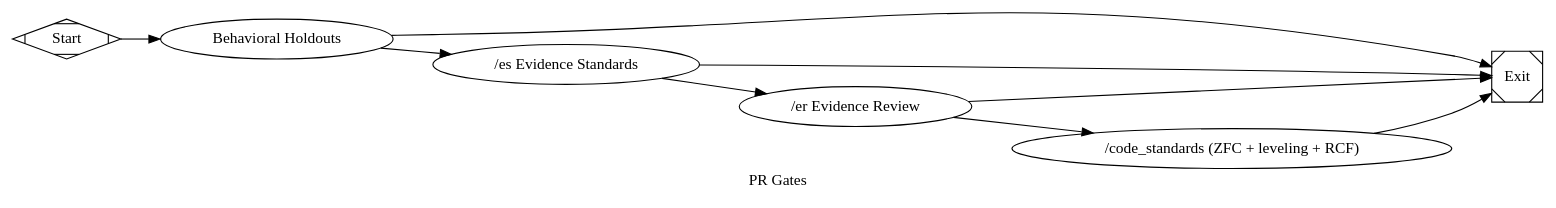
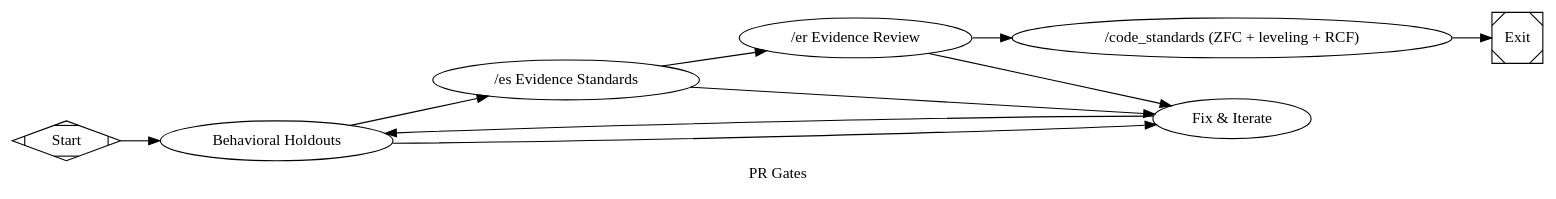
One commit to jleechanorg/dark-factory changed the diagram in pipelines/factory/pr_gates.dot. Above: the diagram before and after it, drawn with Graphviz. The commit also changed 21 other files, not shown here.

```diff
--- a/pipelines/factory/pr_gates.dot
+++ b/pipelines/factory/pr_gates.dot
@@ -1,30 +1,43 @@
 digraph pr_gates {
     graph [
         goal="PR validation: sealed holdouts + 3 adversarial gates."
         label="PR Gates"
     ]
     rankdir=LR
 
     start [shape=Mdiamond, label="Start"]
     exit  [shape=Msquare,  label="Exit"]
 
     // Holdout-always policy: PR diffs run the sealed behavioral holdouts
     // first — evidence gates grade the diff's story, holdouts grade its
     // behavior. Feature comes from --feature / ctx.state["feature"].
     holdout         [type="holdout_eval",        label="Behavioral Holdouts",          timeout=600]
     gate_es         [type="gate_es",             label="/es Evidence Standards",       timeout=600]
     gate_er         [type="gate_er",             label="/er Evidence Review",           timeout=600]
     gate_cs         [type="gate_code_standards", label="/code_standards (ZFC + leveling + RCF)", timeout=600]
 
+    // Bounded fix loop: any reviewer verdict other than success routes here
+    // so the PR lane can iterate on the diff rather than terminating on a
+    // first failure (per factory-evolve G2 fix-loop contract).
+    fix [
+        type="codergen",
+        label="Fix & Iterate",
+        class="fix",
+        prompt="@prompts/slim/fix.md",
+        max_visits="3",
+        timeout=600
+    ]
+
     start -> holdout
     holdout -> gate_es [condition="outcome=success"]
-    holdout -> exit    [condition="outcome!=success"]
+    holdout -> fix     [condition="outcome!=success"]
 
     gate_es -> gate_er [condition="outcome=success"]
-    gate_es -> exit    [condition="outcome!=success"]
+    gate_es -> fix     [condition="outcome!=success"]
 
     gate_er -> gate_cs [condition="outcome=success"]
-    gate_er -> exit    [condition="outcome!=success"]
+    gate_er -> fix     [condition="outcome!=success"]
 
     gate_cs -> exit
+    fix -> holdout
 }
```
